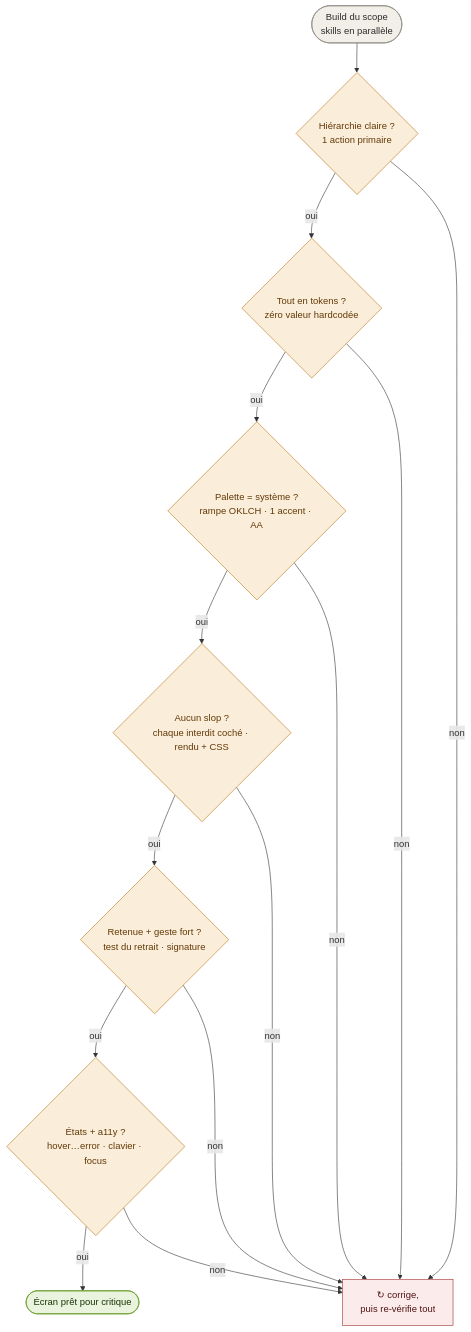
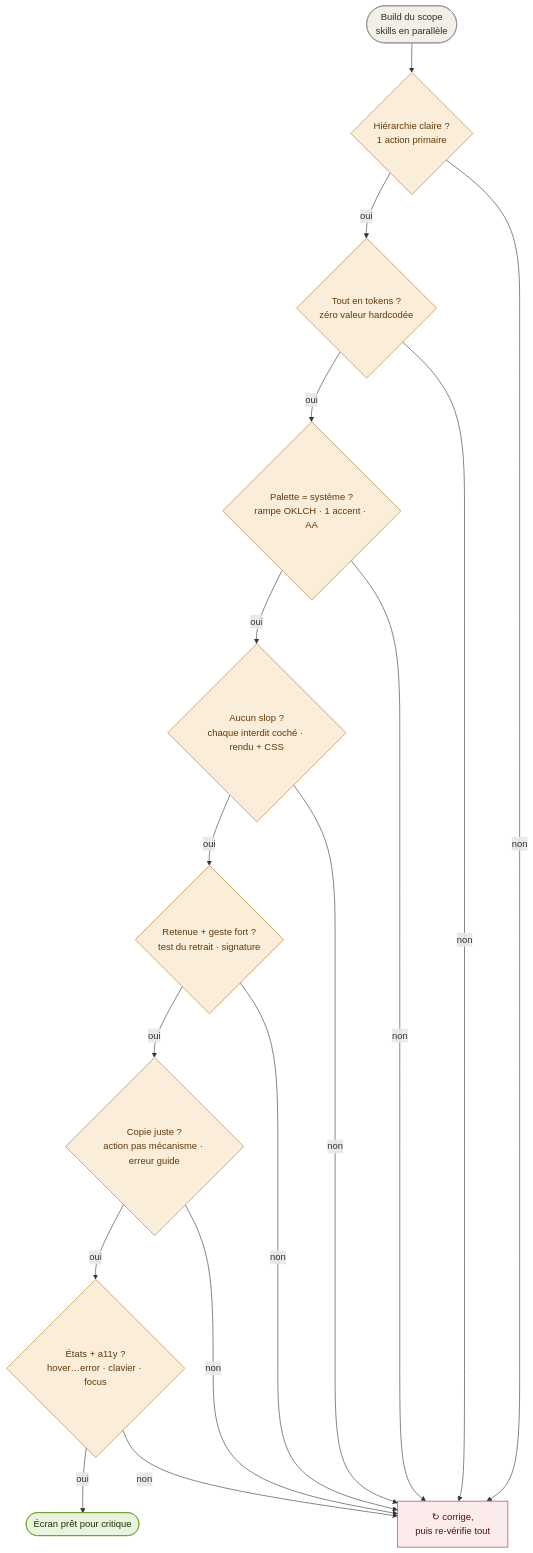
One commit to BaptisteCavalie/product-builder changed the fourth of 5 diagrams in docs/pipeline.md. Above: the diagram before and after it, drawn with Mermaid. The commit also changed other lines of this file and 7 other files, not shown here.

````diff
--- a/docs/pipeline.md
+++ b/docs/pipeline.md
@@ -128,20 +129,22 @@
 ```mermaid
 flowchart TD
     A(["Build du scope<br/>skills en parallèle"]):::step --> G1{"Hiérarchie claire ?<br/>1 action primaire"}:::dec
     G1 -->|oui| G2{"Tout en tokens ?<br/>zéro valeur hardcodée"}:::dec
     G2 -->|oui| G3{"Palette = système ?<br/>rampe OKLCH · 1 accent · AA"}:::dec
     G3 -->|oui| G4{"Aucun slop ?<br/>chaque interdit coché · rendu + CSS"}:::dec
     G4 -->|oui| G5{"Retenue + geste fort ?<br/>test du retrait · signature"}:::dec
-    G5 -->|oui| G6{"États + a11y ?<br/>hover…error · clavier · focus"}:::dec
+    G5 -->|oui| Gc{"Copie juste ?<br/>action pas mécanisme · erreur guide"}:::dec
+    Gc -->|oui| G6{"États + a11y ?<br/>hover…error · clavier · focus"}:::dec
     G6 -->|oui| OK(["Écran prêt pour critique"]):::ship
     G1 -->|non| FIX["↻ corrige,<br/>puis re-vérifie tout"]:::stop
     G2 -->|non| FIX
     G3 -->|non| FIX
     G4 -->|non| FIX
     G5 -->|non| FIX
+    Gc -->|non| FIX
     G6 -->|non| FIX
     classDef dec fill:#FAEEDA,stroke:#BA7517,color:#633806
     classDef step fill:#F1EFE8,stroke:#888780,color:#2C2C2A
     classDef stop fill:#FCEBEB,stroke:#A32D2D,color:#501313
     classDef ship fill:#EAF3DE,stroke:#639922,color:#173404
 ```
````
